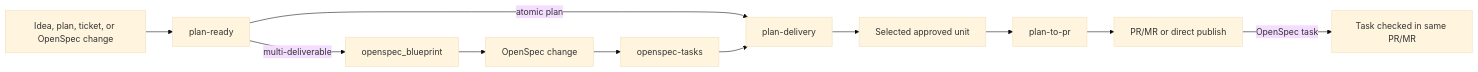
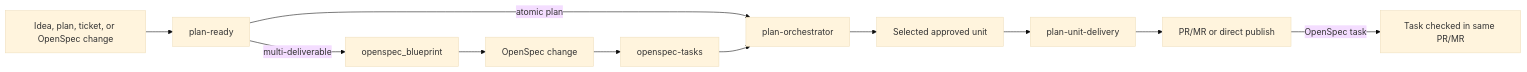
The diagram in .agents/plans/openspec-plan-delivery.md (renehernandez/ai), drawn with Mermaid (base theme) before and after one commit. The commit also changed other lines of this file and 8 other files, not shown here.

Commit message:
Teach plan orchestrator stacked delivery

````diff
--- a/.agents/plans/openspec-plan-delivery.md
+++ b/.agents/plans/openspec-plan-delivery.md
@@ -37,13 +37,13 @@
 ```mermaid
 flowchart LR
   input[Idea, plan, ticket, or OpenSpec change] --> ready[plan-ready]
-  ready -->|atomic plan| delivery[plan-delivery]
+  ready -->|atomic plan| delivery[plan-orchestrator]
   ready -->|multi-deliverable| blueprint[openspec_blueprint]
   blueprint --> openspec[OpenSpec change]
   openspec --> audit[openspec-tasks]
   audit --> delivery
   delivery --> unit[Selected approved unit]
-  unit --> pr[plan-to-pr]
+  unit --> pr[plan-unit-delivery]
   pr --> done[PR/MR or direct publish]
   done -->|OpenSpec task| checkbox[Task checked in same PR/MR]
 ```
````
